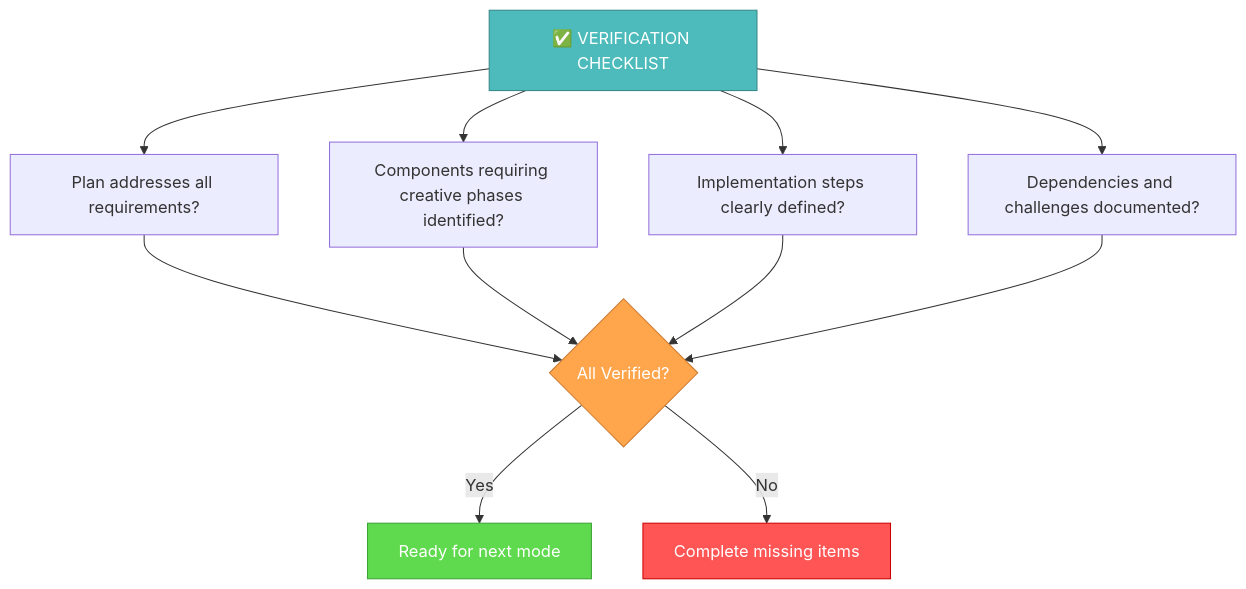
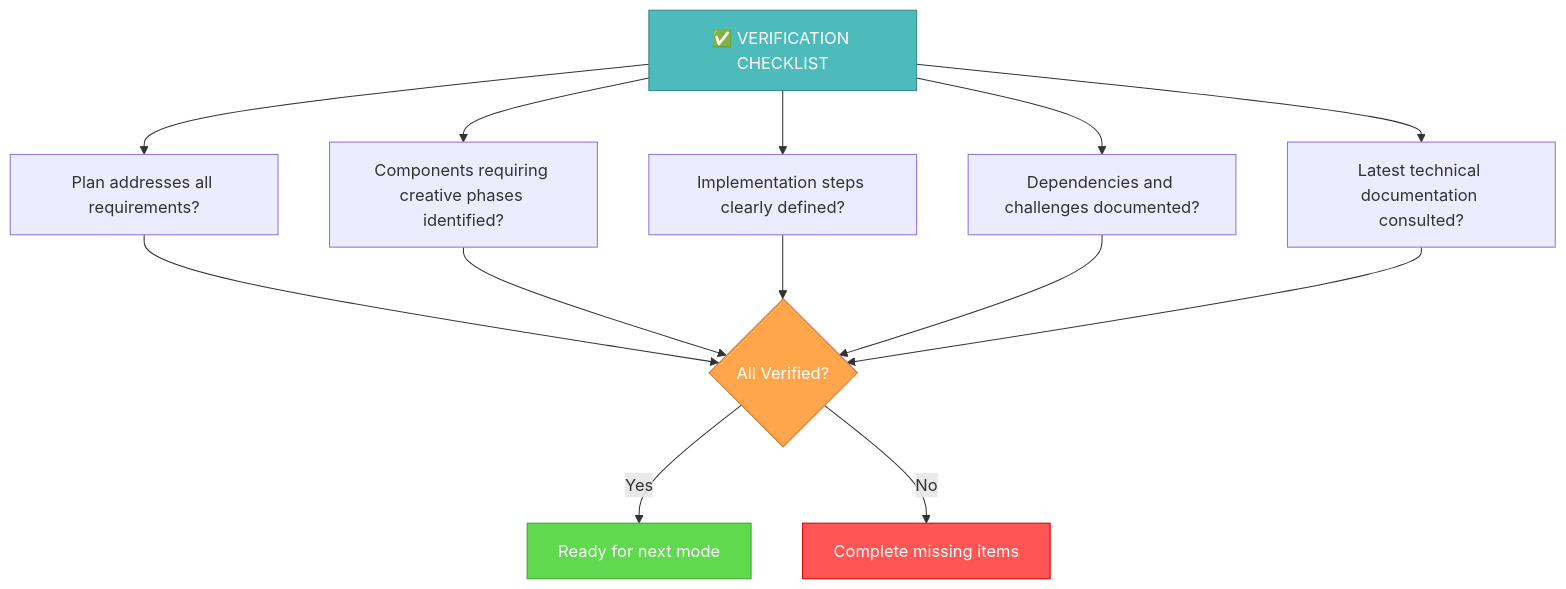
One commit to 7Spade/cursor-graph-bank-account changed the fifth of 5 diagrams in .cursor/rules/isolation_rules/Modes/plan-mode-custom.mdc. Above: the diagram before and after it, drawn with Mermaid. The commit also changed other lines of this file and 130 other files, not shown here.

````diff
--- a/.cursor/rules/isolation_rules/Modes/plan-mode-custom.mdc
+++ b/.cursor/rules/isolation_rules/Modes/plan-mode-custom.mdc
@@ -300,22 +317,23 @@
 ```mermaid
 ---
 config:
   layout: dagre
   look: classic
   theme: default
 ---
 flowchart TD
     V["✅ VERIFICATION CHECKLIST"] --> P["Plan addresses all requirements?"]
     V --> C["Components requiring creative phases identified?"]
     V --> S["Implementation steps clearly defined?"]
     V --> D["Dependencies and challenges documented?"]
-    
-    P & C & S & D --> Decision{"All Verified?"}
+    V --> T["Latest technical documentation consulted?"]
+
+    P & C & S & D & T --> Decision{"All Verified?"}
     Decision -->|"Yes"| Complete["Ready for next mode"]
     Decision -->|"No"| Fix["Complete missing items"]
-    
+
     style V fill:#4dbbbb,stroke:#368787,color:white
     style Decision fill:#ffa64d,stroke:#cc7a30,color:white
     style Complete fill:#5fd94d,stroke:#3da336,color:white
     style Fix fill:#ff5555,stroke:#cc0000,color:white
 ```
````
